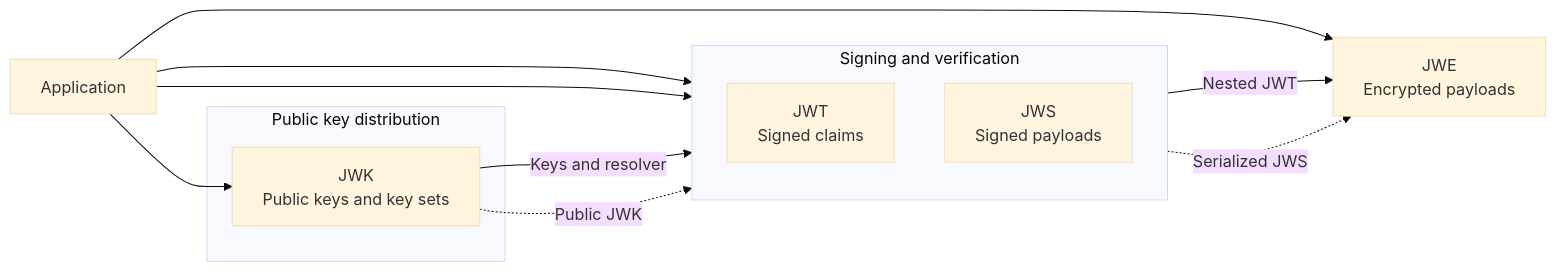
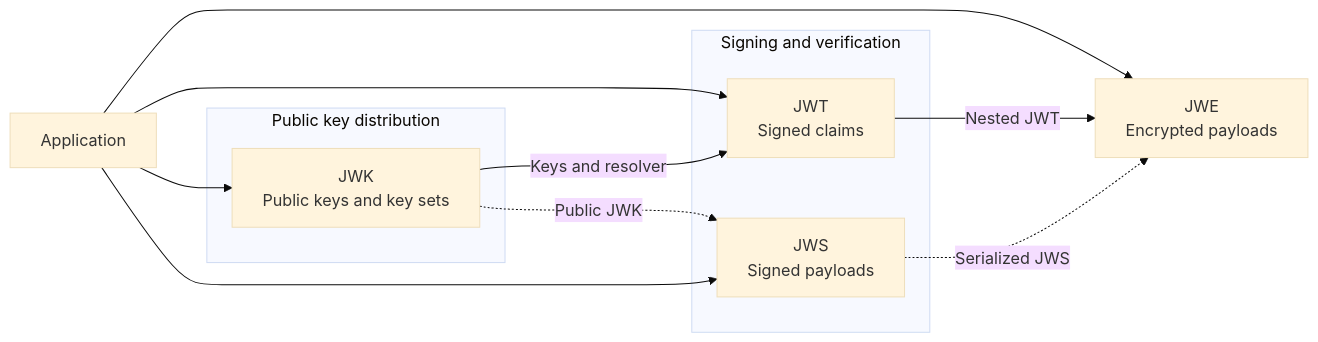
Before and after one commit to mkbeh/xjose: the first of 20 diagrams in DESIGN.md, drawn with Mermaid (base theme). The commit also changed other lines of this file, not shown here.

Commit message:
docs(design): fix Mermaid diagram rendering (#13)

````diff
--- a/DESIGN.md
+++ b/DESIGN.md
@@ -30,24 +30,16 @@
 ```mermaid
 flowchart LR
-    App[Application]
-
     subgraph Keys["Public key distribution"]
-        JWK[JWK<br/>Public keys and key sets]
+        JWK["JWK<br>Public keys and key sets"]
     end
-
     subgraph Signing["Signing and verification"]
-        direction TB
-        JWT[JWT<br/>Signed claims]
-        JWS[JWS<br/>Signed payloads]
+        JWT["JWT<br>Signed claims"]
+        JWS["JWS<br>Signed payloads"]
     end
-
-    JWE[JWE<br/>Encrypted payloads]
-    App --> JWT
+    App["Application"] --> JWT & JWE["JWE<br>Encrypted payloads"] & JWK
+    JWK -- Keys and resolver --> JWT
+    JWK -. Public JWK .-> JWS
+    JWT -- Nested JWT --> JWE
+    JWS -. Serialized JWS .-> JWE
     App --> JWS
-    App --> JWE
-    App --> JWK
-    JWK -->|Keys and resolver| JWT
-    JWK -.->|Public JWK| JWS
-    JWT -->|Nested JWT| JWE
-    JWS -.->|Serialized JWS| JWE
 ```
````
